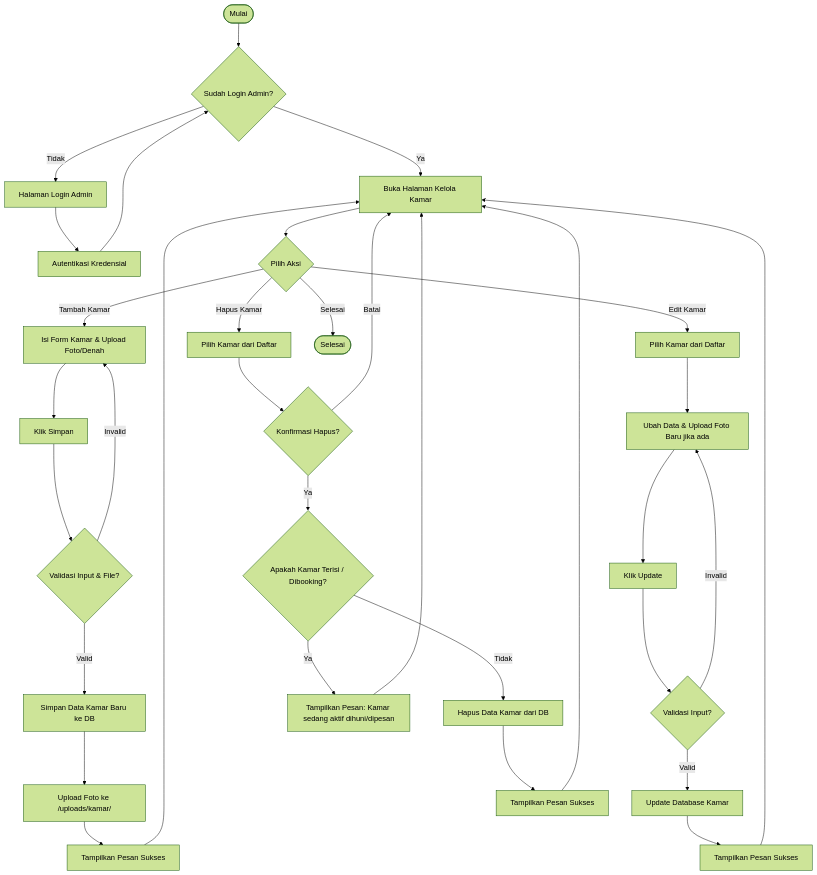
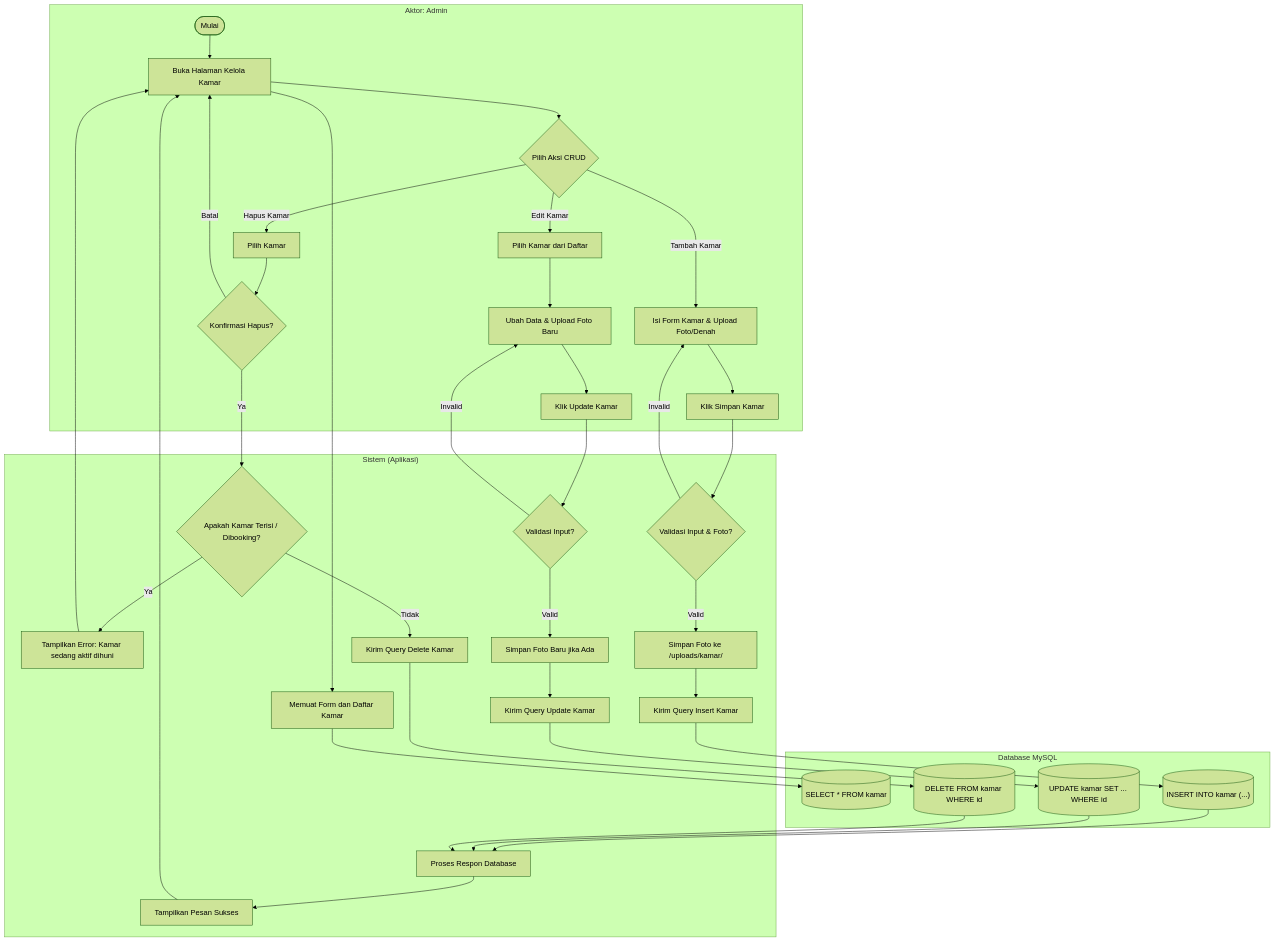
One commit to Raflysaputra20/EL-MISARAH changed the first of 10 diagrams in activity_diagrams.md. Above: the diagram before and after it, drawn with Mermaid (forest theme). The commit also changed other lines of this file and 2 other files, not shown here.

````diff
--- a/activity_diagrams.md
+++ b/activity_diagrams.md
@@ -20,37 +23,56 @@
 ```mermaid
-flowchart TD
-    Start([Mulai]) --> Login{Sudah Login Admin?}
-    Login -- Tidak --> PageLogin[Halaman Login Admin] --> AuthAdmin[Autentikasi Kredensial] --> Login
-    Login -- Ya --> MenuKamar[Buka Halaman Kelola Kamar]
+flowchart TB
+    subgraph Aktor ["Aktor: Admin"]
+        Start1_1([Mulai]) --> BukaMenu1_1[Buka Halaman Kelola Kamar]
+        BukaMenu1_1 --> PilihAksi1_1{Pilih Aksi CRUD}
+        
+        %% Tambah Kamar
+        PilihAksi1_1 -- Tambah Kamar --> FormTambah1_1[Isi Form Kamar & Upload Foto/Denah]
+        FormTambah1_1 --> SubmitTambah1_1[Klik Simpan Kamar]
+        
+        %% Edit Kamar
+        PilihAksi1_1 -- Edit Kamar --> PilihKamar1_1[Pilih Kamar dari Daftar]
+        PilihKamar1_1 --> FormEdit1_1[Ubah Data & Upload Foto Baru]
+        FormEdit1_1 --> SubmitEdit1_1[Klik Update Kamar]
+        
+        %% Hapus Kamar
+        PilihAksi1_1 -- Hapus Kamar --> PilihKamarHapus1_1[Pilih Kamar]
+        PilihKamarHapus1_1 --> KonfirmasiHapus1_1{Konfirmasi Hapus?}
+        KonfirmasiHapus1_1 -- Batal --> BukaMenu1_1
+    end
     
-    MenuKamar --> PilihAksi{Pilih Aksi}
+    subgraph Sistem ["Sistem (Aplikasi)"]
+        BukaMenu1_1 --> TampilkanPage1_1[Memuat Form dan Daftar Kamar]
+        SubmitTambah1_1 --> ValidasiTambah1_1{Validasi Input & Foto?}
+        ValidasiTambah1_1 -- Invalid --> FormTambah1_1
+        
+        SubmitEdit1_1 --> ValidasiEdit1_1{Validasi Input?}
+        ValidasiEdit1_1 -- Invalid --> FormEdit1_1
+        
+        KonfirmasiHapus1_1 -- Ya --> CekRelasi1_1{Apakah Kamar Terisi / Dibooking?}
+        CekRelasi1_1 -- Ya --> GagalHapus1_1[Tampilkan Error: Kamar sedang aktif dihuni]
+        GagalHapus1_1 --> BukaMenu1_1
+        
+        ValidasiTambah1_1 -- Valid --> UploadFoto1_1[Simpan Foto ke /uploads/kamar/]
+        UploadFoto1_1 --> PemicuDBTambah1_1[Kirim Query Insert Kamar]
+        
+        ValidasiEdit1_1 -- Valid --> UploadFotoEdit1_1[Simpan Foto Baru jika Ada]
+        UploadFotoEdit1_1 --> PemicuDBEdit1_1[Kirim Query Update Kamar]
+        
+        CekRelasi1_1 -- Tidak --> PemicuDBHapus1_1[Kirim Query Delete Kamar]
+        
+        ResponDB1_1[Proses Respon Database] --> SuksesPesan1_1[Tampilkan Pesan Sukses]
+        SuksesPesan1_1 --> BukaMenu1_1
+    end
     
-    %% Tambah Kamar
-    PilihAksi -- Tambah Kamar --> FormTambah[Isi Form Kamar & Upload Foto/Denah]
-    FormTambah --> SubmitTambah[Klik Simpan]
-    SubmitTambah --> ValidasiTambah{Validasi Input & File?}
-    ValidasiTambah -- Invalid --> FormTambah
-    ValidasiTambah -- Valid --> SimpanDB[Simpan Data Kamar Baru ke DB]
-    SimpanDB --> UploadFile[Upload Foto ke /uploads/kamar/]
-    UploadFile --> SuksesTambah[Tampilkan Pesan Sukses] --> MenuKamar
-    
-    %% Edit Kamar
-    PilihAksi -- Edit Kamar --> PilihKamar[Pilih Kamar dari Daftar]
-    PilihKamar --> FormEdit[Ubah Data & Upload Foto Baru jika ada]
-    FormEdit --> SubmitEdit[Klik Update]
-    SubmitEdit --> ValidasiEdit{Validasi Input?}
-    ValidasiEdit -- Invalid --> FormEdit
-    ValidasiEdit -- Valid --> UpdateDB[Update Database Kamar]
-    UpdateDB --> SuksesEdit[Tampilkan Pesan Sukses] --> MenuKamar
-    
-    %% Hapus Kamar
-    PilihAksi -- Hapus Kamar --> PilihKamarHapus[Pilih Kamar dari Daftar]
-    PilihKamarHapus --> KonfirmasiHapus{Konfirmasi Hapus?}
-    KonfirmasiHapus -- Batal --> MenuKamar
-    KonfirmasiHapus -- Ya --> CekRelasi{Apakah Kamar Terisi / Dibooking?}
-    CekRelasi -- Ya --> GagalHapus[Tampilkan Pesan: Kamar sedang aktif dihuni/dipesan] --> MenuKamar
-    CekRelasi -- Tidak --> DeleteDB[Hapus Data Kamar dari DB]
-    DeleteDB --> SuksesHapus[Tampilkan Pesan Sukses] --> MenuKamar
-    
-    PilihAksi -- Selesai --> End([Selesai])
+    subgraph Database ["Database MySQL"]
+        TampilkanPage1_1 --> SelectKamar1_1[("SELECT * FROM kamar")]
+        PemicuDBTambah1_1 --> DBInsert1_1[("INSERT INTO kamar (...)")]
+        PemicuDBEdit1_1 --> DBUpdate1_1[("UPDATE kamar SET ... WHERE id")]
+        PemicuDBHapus1_1 --> DBDelete1_1[("DELETE FROM kamar WHERE id")]
+        
+        DBInsert1_1 --> ResponDB1_1
+        DBUpdate1_1 --> ResponDB1_1
+        DBDelete1_1 --> ResponDB1_1
+    end
 ```
````
